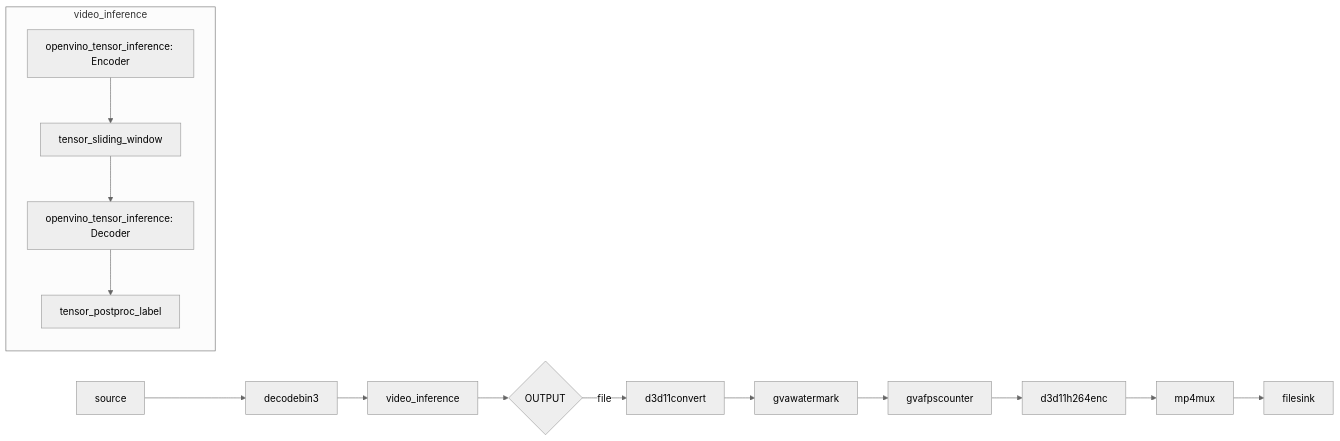
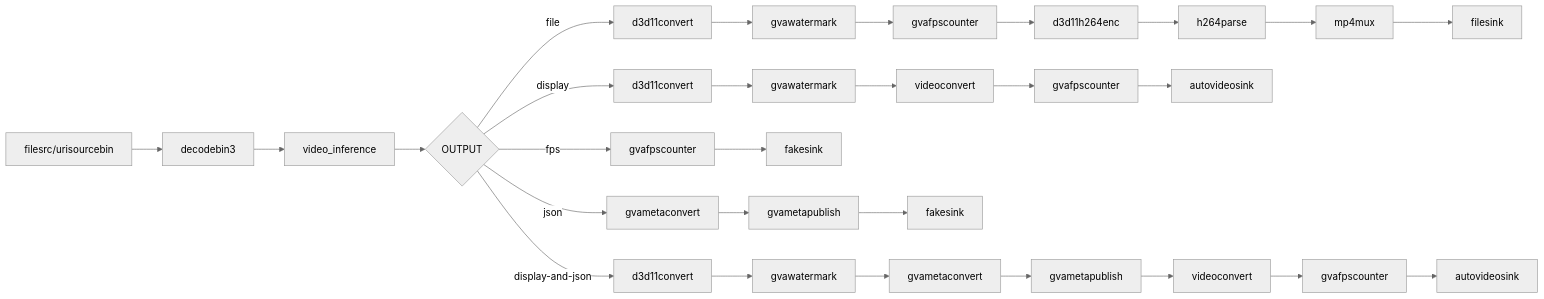
Before and after one commit to open-edge-platform/dlstreamer: the diagram in samples/windows/gstreamer/gst_launch/action_recognition/README.md, drawn with Mermaid (neutral theme). The commit also changed other lines of this file and 5 other files, not shown here.

````diff
--- a/samples/windows/gstreamer/gst_launch/action_recognition/README.md
+++ b/samples/windows/gstreamer/gst_launch/action_recognition/README.md
@@ -93,19 +105,35 @@
 ```mermaid
 graph LR
-    A[source] --> B[decodebin3]
+    A[filesrc/urisourcebin] --> B[decodebin3]
     B --> C[video_inference]
+    C --> D{OUTPUT}
     
-    subgraph video_inference
-        D[openvino_tensor_inference: Encoder] --> E[tensor_sliding_window]
-        E --> F[openvino_tensor_inference: Decoder]
-        F --> G[tensor_postproc_label]
-    end
+    D -->|file| E1[d3d11convert]
+    E1 --> E2[gvawatermark]
+    E2 --> E3[gvafpscounter]
+    E3 --> E4[d3d11h264enc]
+    E4 --> E5[h264parse]
+    E5 --> E6[mp4mux]
+    E6 --> E7[filesink]
     
-    C --> H{OUTPUT}
-    H -->|file| I[d3d11convert]
-    I --> J[gvawatermark]
-    J --> K[gvafpscounter]
-    K --> L[d3d11h264enc]
-    L --> M[mp4mux]
-    M --> N[filesink]
+    D -->|display| F1[d3d11convert]
+    F1 --> F2[gvawatermark]
+    F2 --> F3[videoconvert]
+    F3 --> F4[gvafpscounter]
+    F4 --> F5[autovideosink]
+    
+    D -->|fps| G1[gvafpscounter]
+    G1 --> G2[fakesink]
+    
+    D -->|json| H1[gvametaconvert]
+    H1 --> H2[gvametapublish]
+    H2 --> H3[fakesink]
+    
+    D -->|display-and-json| I1[d3d11convert]
+    I1 --> I2[gvawatermark]
+    I2 --> I3[gvametaconvert]
+    I3 --> I4[gvametapublish]
+    I4 --> I5[videoconvert]
+    I5 --> I6[gvafpscounter]
+    I6 --> I7[autovideosink]
 ```
````
